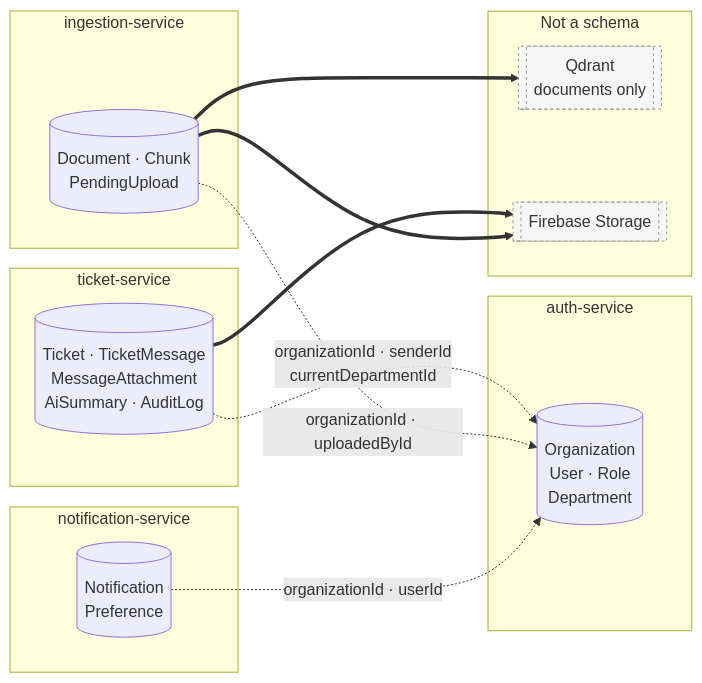
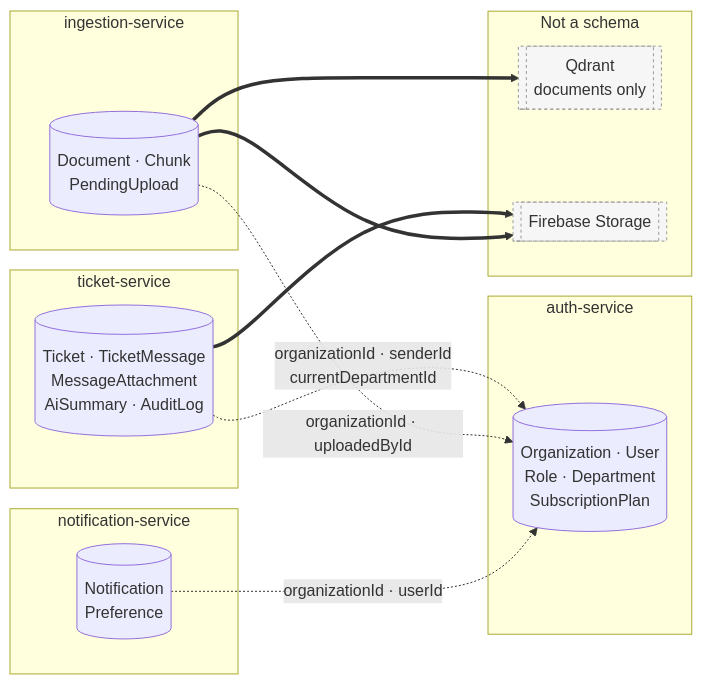
One commit to dungtq2k5/synapse-desk changed the first of 5 diagrams in docs/reference/sys-flows.md. Above: the diagram before and after it, drawn with Mermaid. The commit also changed other lines of this file and 5 other files, not shown here.

````diff
--- a/docs/reference/sys-flows.md
+++ b/docs/reference/sys-flows.md
@@ -11,29 +11,29 @@
 ```mermaid
 graph LR
   subgraph auth["auth-service"]
-    A[(Organization<br/>User · Role<br/>Department)]
+    A[(Organization · User<br/>Role · Department<br/>SubscriptionPlan)]
   end
   subgraph ticket["ticket-service"]
     T[(Ticket · TicketMessage<br/>MessageAttachment<br/>AiSummary · AuditLog)]
   end
   subgraph ingestion["ingestion-service"]
     I[(Document · Chunk<br/>PendingUpload)]
   end
   subgraph notification["notification-service"]
     N[(Notification<br/>Preference)]
   end
   subgraph external["Not a schema"]
     Q[[Qdrant<br/>documents only]]
     F[[Firebase Storage]]
   end
 
   T -. "organizationId · senderId<br/>currentDepartmentId" .-> A
   I -. "organizationId · uploadedById" .-> A
   N -. "organizationId · userId" .-> A
   I ==> Q
   T ==> F
   I ==> F
 
   classDef ext fill:#f6f6f6,stroke:#999,stroke-dasharray:3 3
   class Q,F ext
 ```
````
